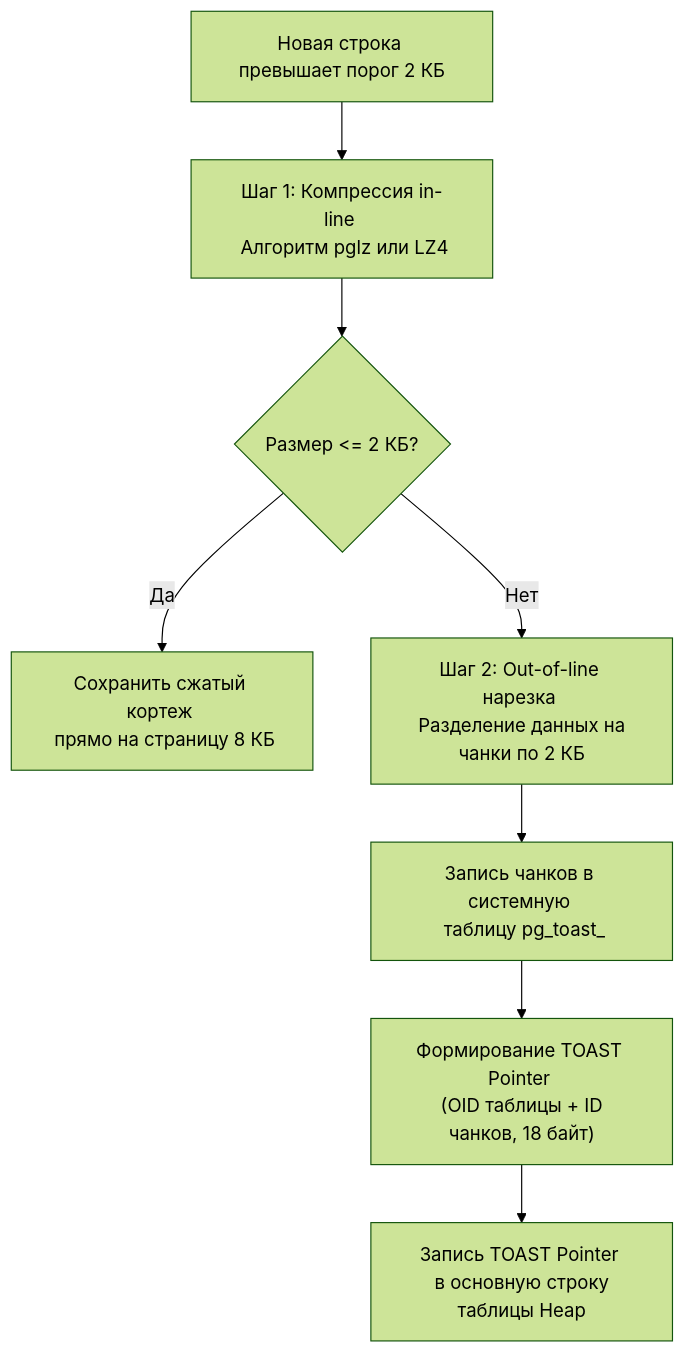
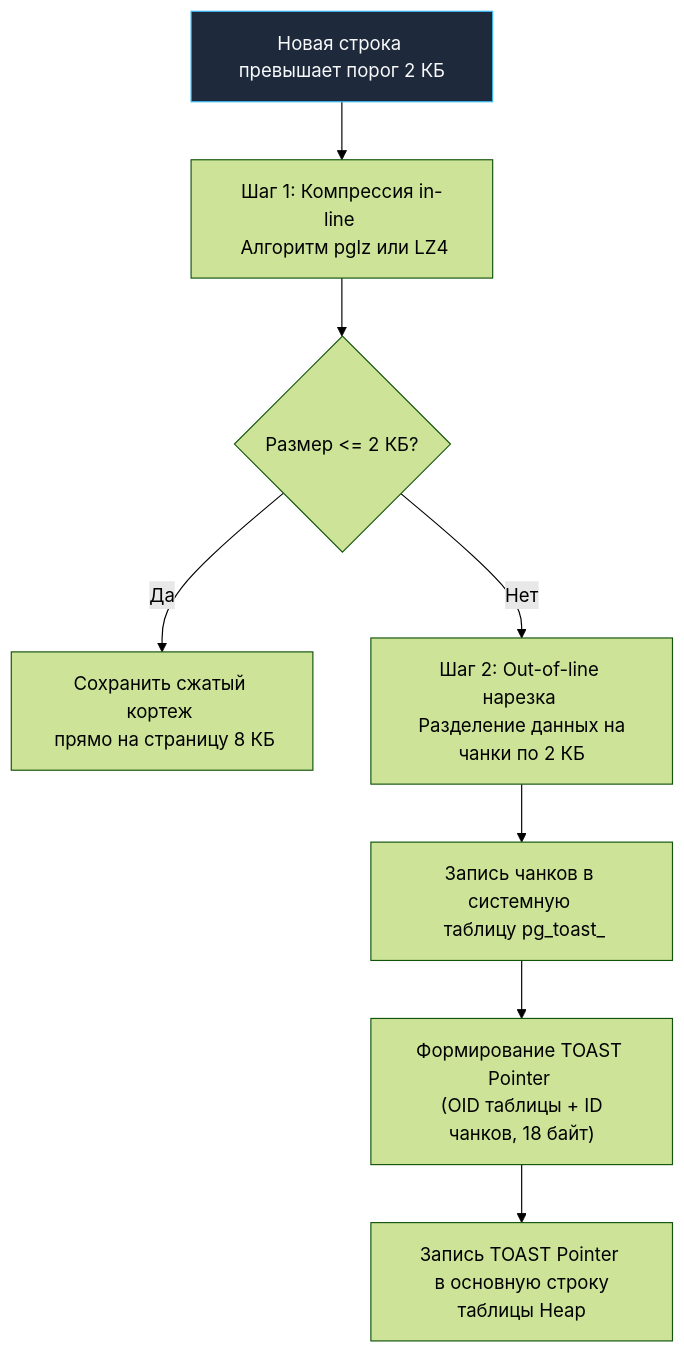
Before and after one commit to UnrealTemplier/go-textbook: the second of 2 diagrams in sources/12. Базы данных/06. PostgreSQL/2. Storage engine PostgreSQL.md, drawn with Mermaid (forest theme). The commit also changed other lines of this file and 1666 other files, not shown here.

First line of the commit message:
feat(mermaid): add semantic color classDef to 1369 colorless flowchart/graph diagrams

````diff
--- a/sources/12. Базы данных/06. PostgreSQL/2. Storage engine PostgreSQL.md
+++ b/sources/12. Базы данных/06. PostgreSQL/2. Storage engine PostgreSQL.md
@@ -167,11 +177,21 @@
 ```mermaid
 flowchart TD
-    Row["Новая строка превышает порог 2 КБ"] --> Step1["Шаг 1: Компрессия in-line <br> Алгоритм pglz или LZ4"]
+    classDef process  fill:#1e293b,stroke:#38bdf8,stroke-width:1px,color:#f8fafc
+    classDef success  fill:#064e3b,stroke:#34d399,stroke-width:1px,color:#f8fafc
+    classDef error    fill:#7f1d1d,stroke:#f87171,stroke-width:1px,color:#f8fafc
+    classDef warning  fill:#78350f,stroke:#fbbf24,stroke-width:1px,color:#f8fafc
+    classDef entry    fill:#1e3a5f,stroke:#38bdf8,stroke-width:2px,color:#f8fafc
+    classDef aux      fill:#334155,stroke:#64748b,stroke-width:1px,color:#f8fafc
+    classDef system   fill:#312e81,stroke:#a78bfa,stroke-width:1px,color:#f8fafc
+    classDef data     fill:#132d29,stroke:#2dd4bf,stroke-width:1px,color:#f8fafc
+    classDef network  fill:#881337,stroke:#fb7185,stroke-width:1px,color:#f8fafc
+    classDef accent   fill:#1e1b4b,stroke:#818cf8,stroke-width:1px,color:#f8fafc
+    Row["Новая строка превышает порог 2 КБ"]:::process --> Step1["Шаг 1: Компрессия in-line <br> Алгоритм pglz или LZ4"]
     Step1 --> Decision1{"Размер <= 2 КБ?"}
     Decision1 -- "Да" --> SaveHeap["Сохранить сжатый кортеж <br> прямо на страницу 8 КБ"]
     Decision1 -- "Нет" --> Step2["Шаг 2: Out-of-line нарезка <br> Разделение данных на чанки по 2 КБ"]
     
     Step2 --> ToastTable["Запись чанков в системную <br> таблицу pg_toast_<OID>"]
     ToastTable --> ToastPointer["Формирование TOAST Pointer <br> (OID таблицы + ID чанков, 18 байт)"]
     ToastPointer --> HeapRecord["Запись TOAST Pointer <br> в основную строку таблицы Heap"]
 ```
````
